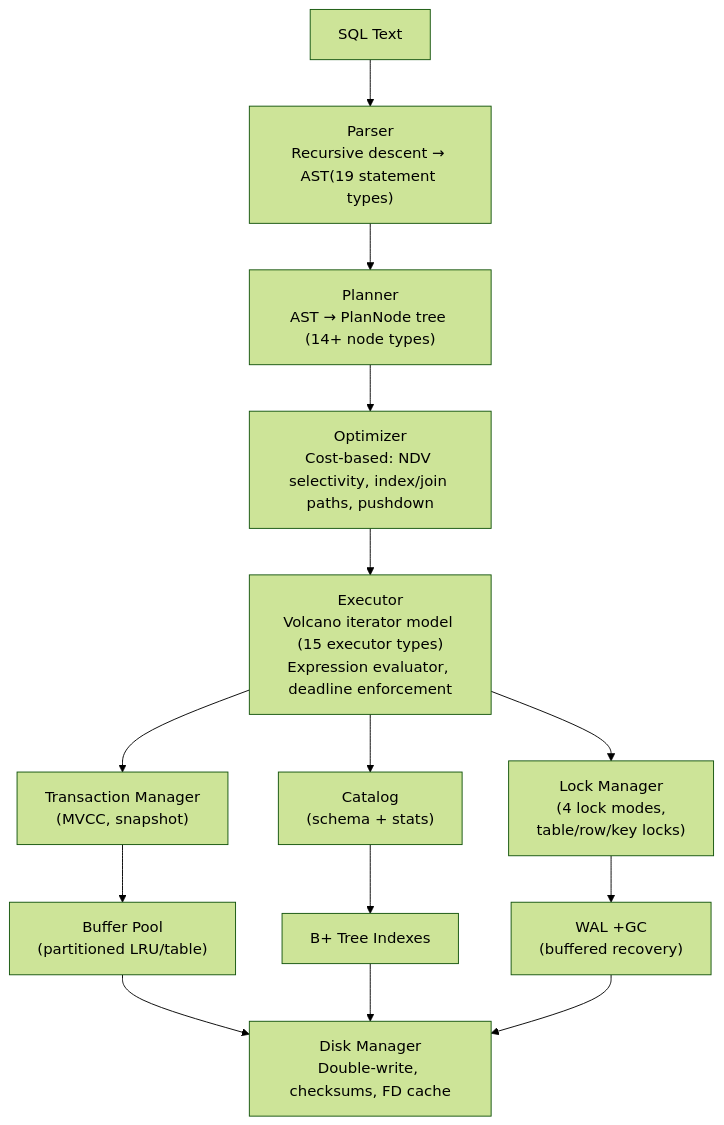
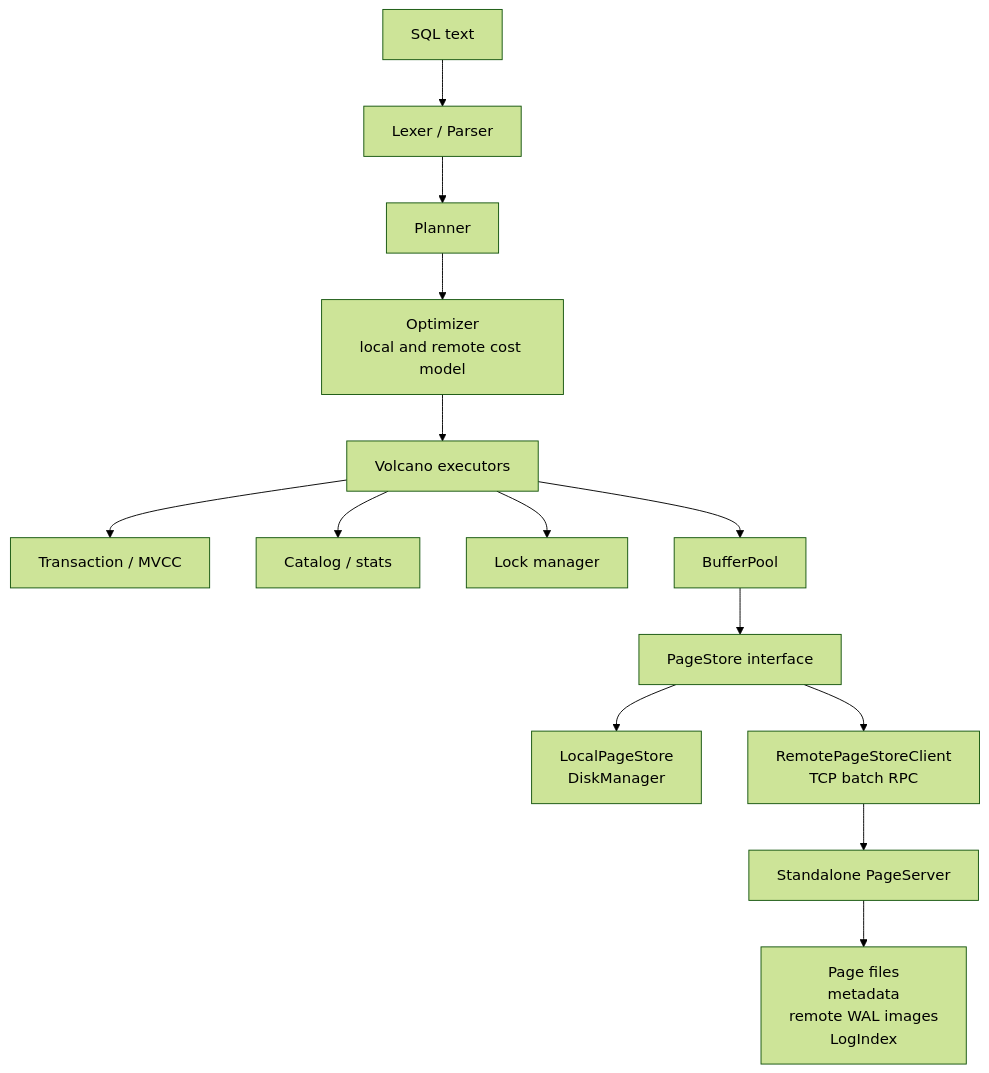
The diagram in README.md (W1412X/minidb), drawn with Mermaid (forest theme) before and after one commit. The commit also changed other lines of this file and 4 other files, not shown here.

````diff
--- a/README.md
+++ b/README.md
@@ -456,21 +343,16 @@
 ```mermaid
 flowchart TD
-A["SQL Text"]
-
-    A -->B["Parser<br/>Recursive descent → AST(19 statement types)"]
-    B --> C["Planner<br/>AST → PlanNode tree (14+ node types)"]
-    C --> D["Optimizer<br/>Cost-based: NDV selectivity, index/join paths, pushdown"]
-    D --> E["Executor<br/>Volcano iterator model (15 executor types)<br/>Expression evaluator, deadline enforcement"]
-
-    E --> F["Transaction Manager<br/>(MVCC, snapshot)"]
-    E --> G["Catalog<br/>(schema + stats)"]
-    E --> H["Lock Manager<br/>(4 lock modes,<br/>table/row/key locks)"]
-
-    F --> I["Buffer Pool<br/>(partitioned LRU/table)"]
-    G --> J["B+ Tree Indexes"]
-    H --> K["WAL +GC<br/>(buffered recovery)"]
-
-    I --> L["Disk Manager<br/>Double-write, checksums, FD cache"]
-    J --> L
-    K --> L
+    SQL["SQL text"] --> Parser["Lexer / Parser"]
+    Parser --> Planner["Planner"]
+    Planner --> Optimizer["Optimizer<br/>local and remote cost model"]
+    Optimizer --> Executor["Volcano executors"]
+    Executor --> Txn["Transaction / MVCC"]
+    Executor --> Catalog["Catalog / stats"]
+    Executor --> Locks["Lock manager"]
+    Executor --> Buffer["BufferPool"]
+    Buffer --> PageStore["PageStore interface"]
+    PageStore --> Local["LocalPageStore<br/>DiskManager"]
+    PageStore --> Client["RemotePageStoreClient<br/>TCP batch RPC"]
+    Client --> PS["Standalone PageServer"]
+    PS --> PSData["Page files<br/>metadata<br/>remote WAL images<br/>LogIndex"]
 ```
````
